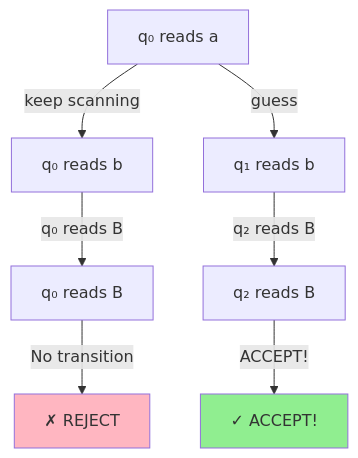
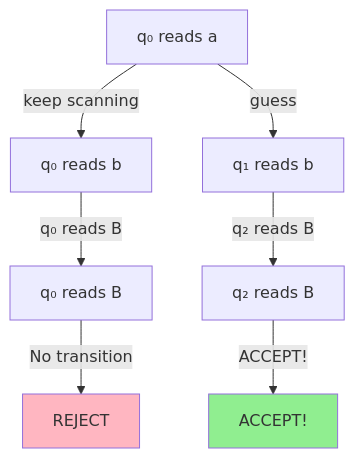
The fifth of 10 diagrams in Master 1/S2/Complexity and Advanced Algorithms old/old/Course/Chapter 1. Calculability/12 Non-Deterministic Turing Machines.md (Vtheonly/Obsidian_Notes), drawn with Mermaid before and after one commit. The commit also changed other lines of this file and 148 other files, not shown here.

````diff
--- a/Master 1/S2/Complexity and Advanced Algorithms old/old/Course/Chapter 1. Calculability/12 Non-Deterministic Turing Machines.md
+++ b/Master 1/S2/Complexity and Advanced Algorithms old/old/Course/Chapter 1. Calculability/12 Non-Deterministic Turing Machines.md
@@ -268,16 +268,16 @@
 ```mermaid
 graph TD
     AB0["q₀ reads a"]
     AB1["q₀ reads b"]
     AB2["q₁ reads b"]
 
     AB0 -->|"keep scanning"| AB1
     AB0 -->|"guess"| AB2
     AB1 -->|"q₀ reads B"| AB3["q₀ reads B"]
     AB2 -->|"q₂ reads B"| AB4["q₂ reads B"]
-    AB3 -->|"No transition"| R1["✗ REJECT"]
-    AB4 -->|"ACCEPT!"| ACC1["✓ ACCEPT!"]
+    AB3 -->|"No transition"| R1[" REJECT"]
+    AB4 -->|"ACCEPT!"| ACC1[" ACCEPT!"]
 
     style R1 fill:#FFB6C1
     style ACC1 fill:#90EE90
 ```
````
